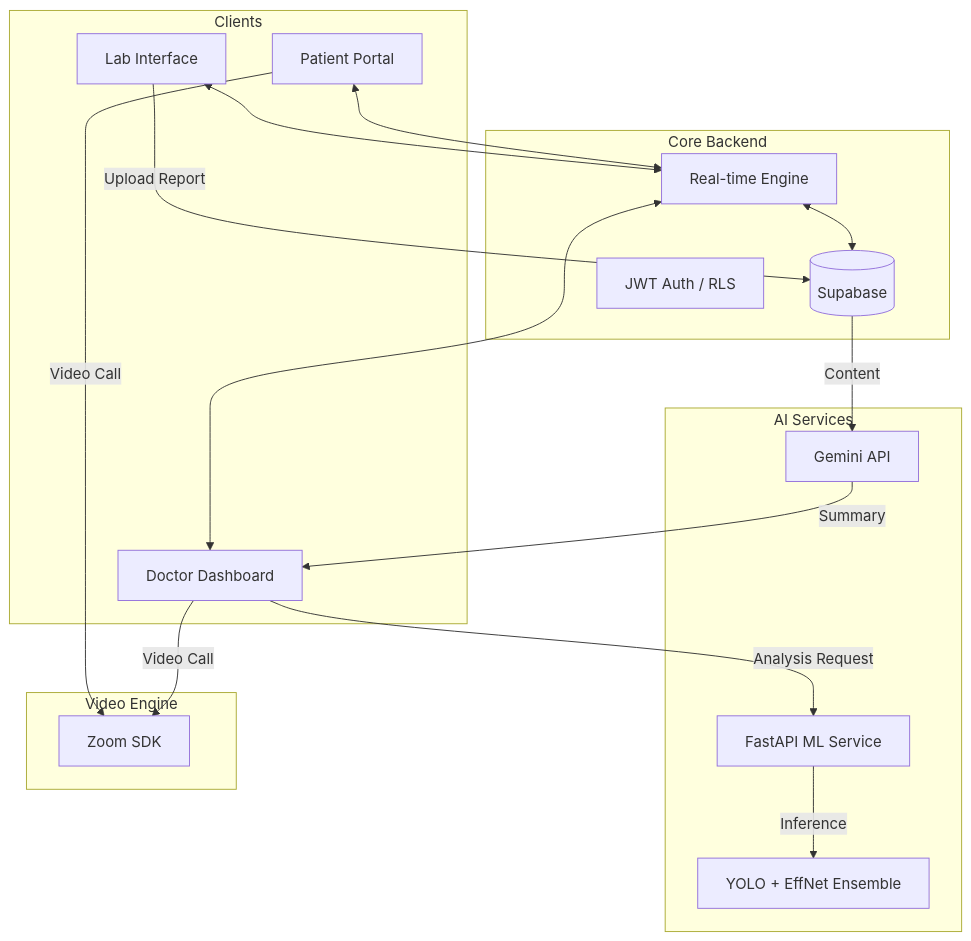
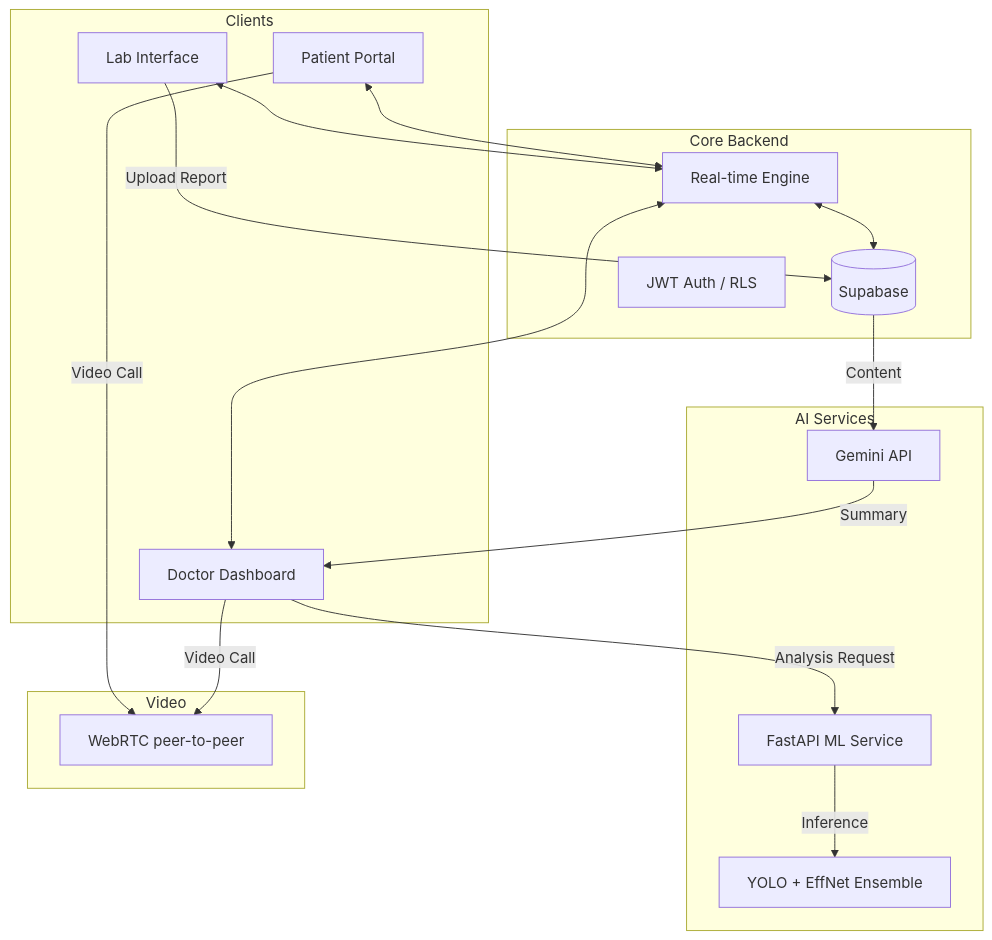
Before and after one commit to airy-suit8/MedSync: the diagram in README.md, drawn with Mermaid. The commit also changed other lines of this file and 13 other files, not shown here.

````diff
--- a/README.md
+++ b/README.md
@@ -57,39 +68,39 @@
 ```mermaid
 graph TD
     subgraph Clients
         P[Patient Portal]
         D[Doctor Dashboard]
         L[Lab Interface]
     end
 
     subgraph "Core Backend"
         SB[(Supabase)]
         Auth[JWT Auth / RLS]
         RT[Real-time Engine]
     end
 
     subgraph "AI Services"
         GM[Gemini API]
         ML[FastAPI ML Service]
         YT[YOLO + EffNet Ensemble]
     end
 
-    subgraph "Video Engine"
-        ZM[Zoom SDK]
+    subgraph "Video"
+        RTC[WebRTC peer-to-peer]
     end
 
     P <--> RT
     D <--> RT
     L <--> RT
     
     RT <--> SB
     
-    D -- Video Call --> ZM
-    P -- Video Call --> ZM
+    D -- Video Call --> RTC
+    P -- Video Call --> RTC
     
     D -- Analysis Request --> ML
     L -- Upload Report --> SB
     ML -- Inference --> YT
     SB -- Content --> GM
     GM -- Summary --> D
 ```
````
